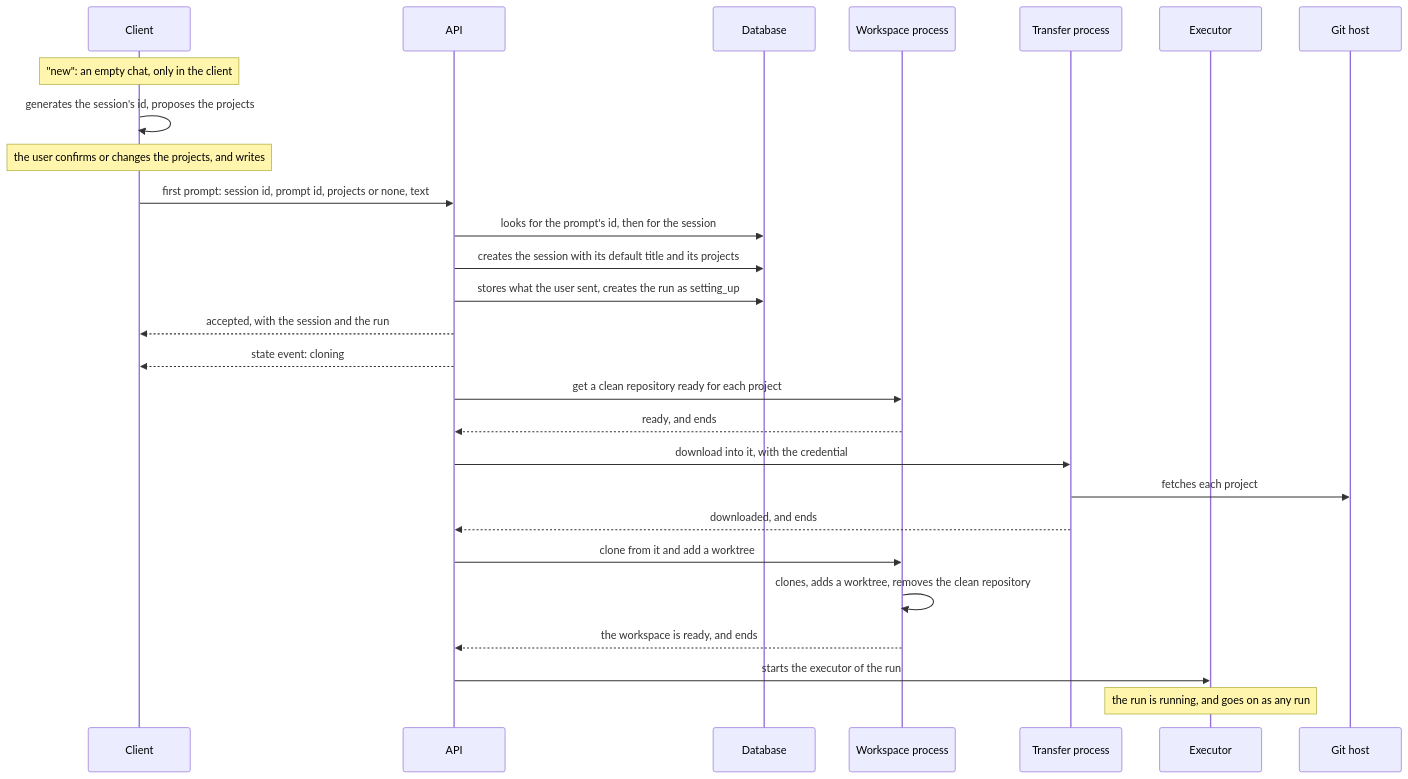
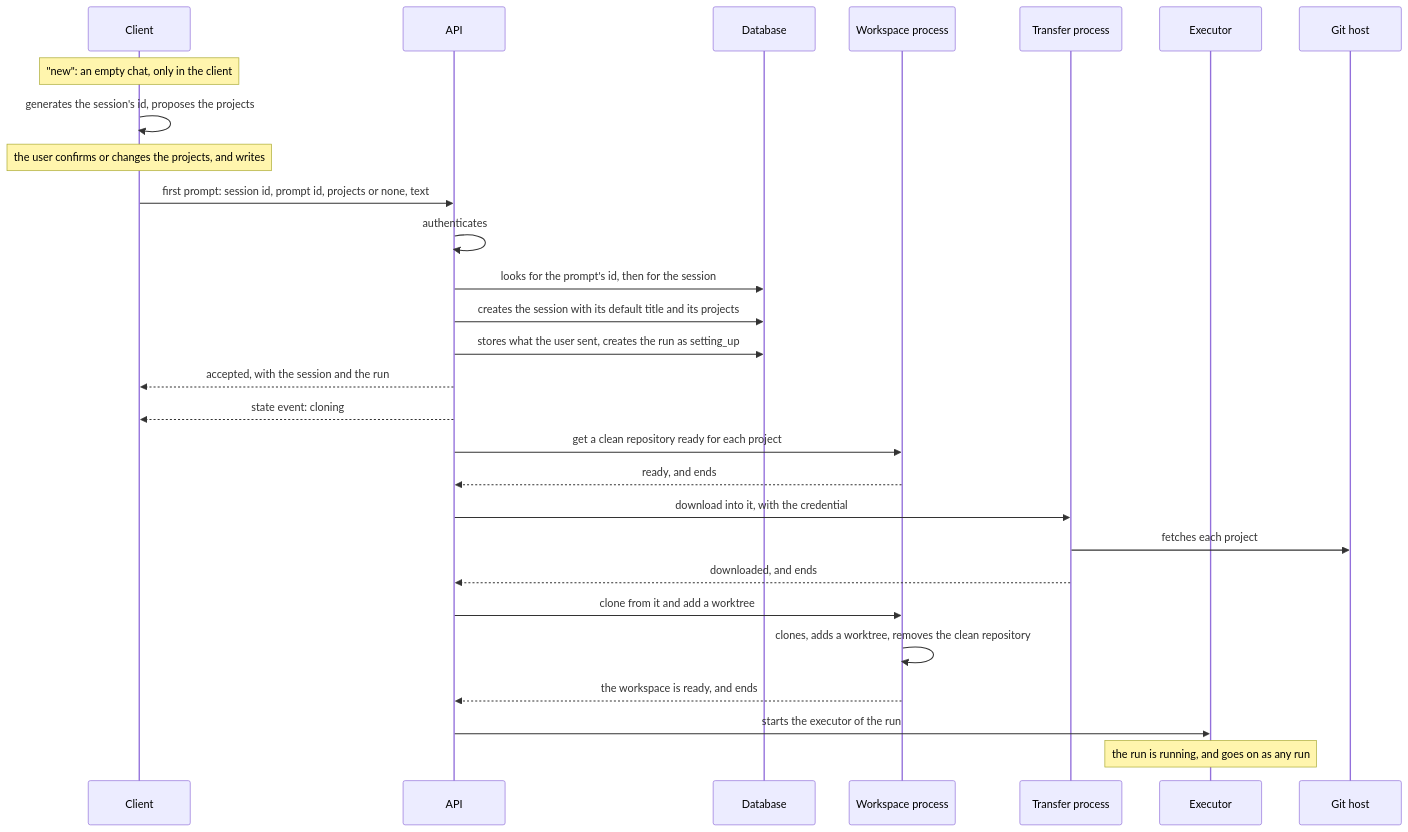
Before and after one commit to Mikode13/harness-docs: the diagram in flows/create-session.md, drawn with Mermaid. The commit also changed other lines of this file and 2 other files, not shown here.

````diff
--- a/flows/create-session.md
+++ b/flows/create-session.md
@@ -12,32 +12,33 @@
 ```mermaid
 sequenceDiagram
     participant C as Client
     participant A as API
     participant D as Database
     participant W as Workspace process
     participant T as Transfer process
     participant E as Executor
     participant G as Git host
 
     Note over C: "new": an empty chat, only in the client
     C->>C: generates the session's id, proposes the projects
     Note over C: the user confirms or changes the projects, and writes
 
     C->>A: first prompt: session id, prompt id, projects or none, text
+    A->>A: authenticates
     A->>D: looks for the prompt's id, then for the session
     A->>D: creates the session with its default title and its projects
     A->>D: stores what the user sent, creates the run as setting_up
     A-->>C: accepted, with the session and the run
 
     A-->>C: state event: cloning
     A->>W: get a clean repository ready for each project
     W-->>A: ready, and ends
     A->>T: download into it, with the credential
     T->>G: fetches each project
     T-->>A: downloaded, and ends
     A->>W: clone from it and add a worktree
     W->>W: clones, adds a worktree, removes the clean repository
     W-->>A: the workspace is ready, and ends
     A->>E: starts the executor of the run
     Note over E: the run is running, and goes on as any run
 ```
````
